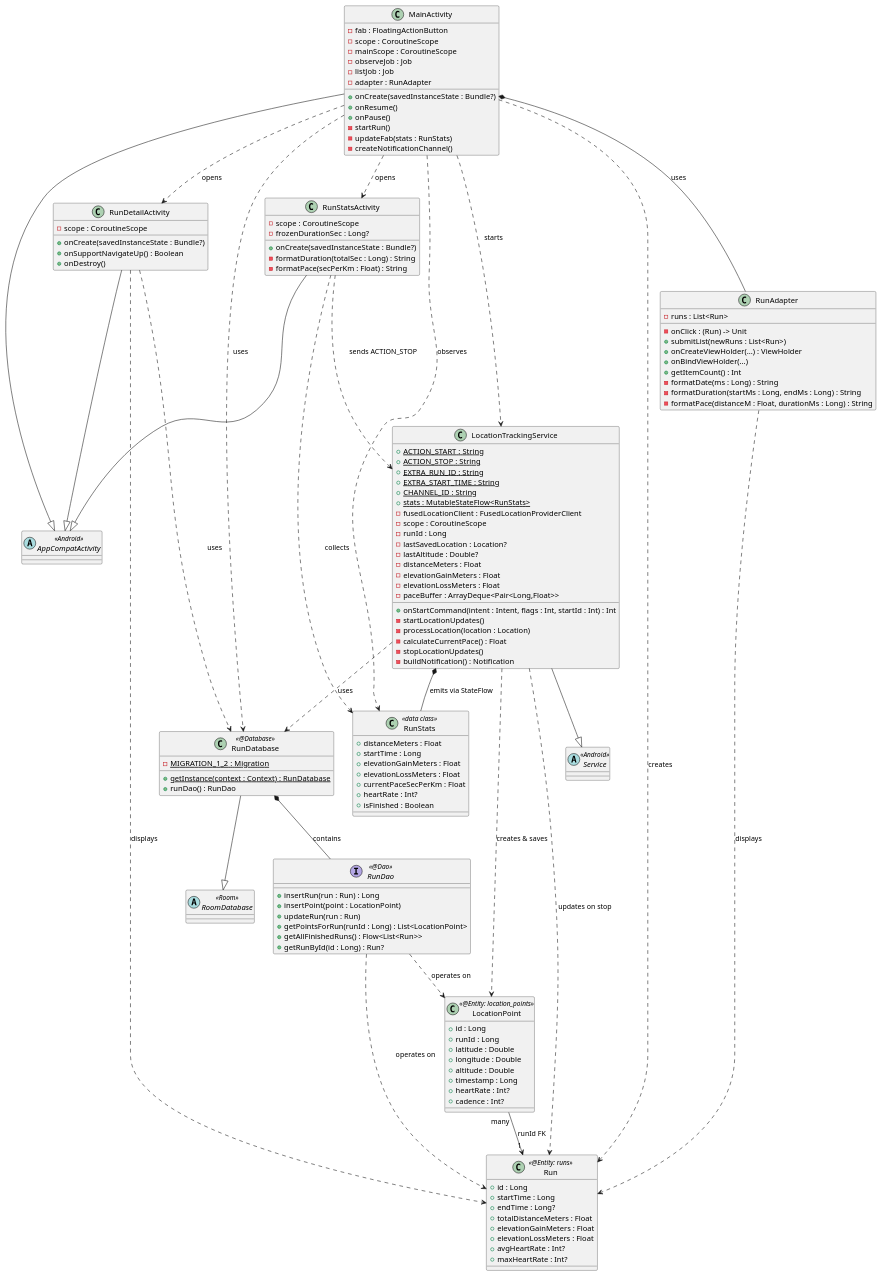
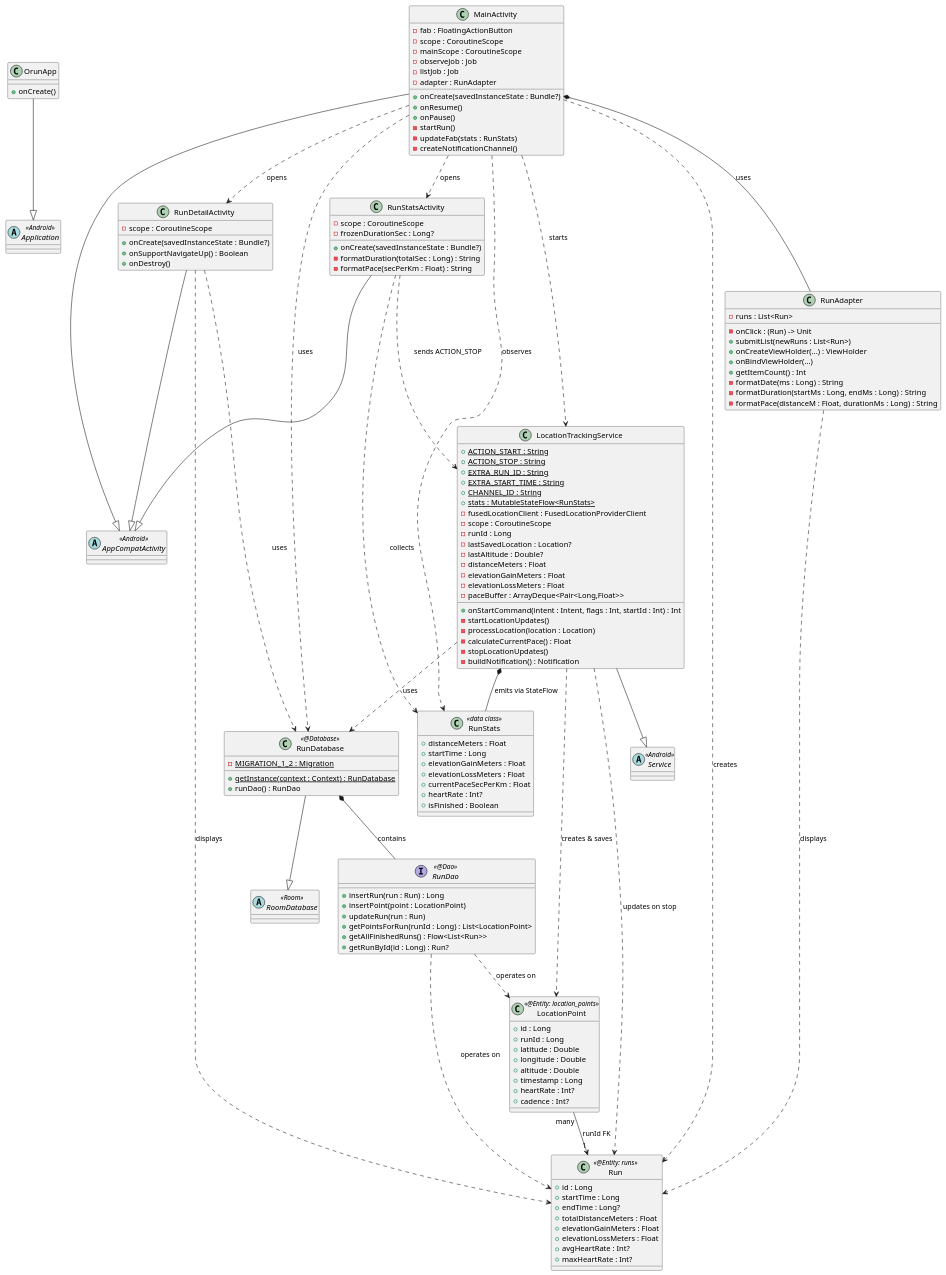
Before and after one commit to yaroslav-06/orun: the diagram in class-diagram.puml, drawn with PlantUML. The commit also changed 5 other files, not shown here.

```diff
--- a/class-diagram.puml
+++ b/class-diagram.puml
@@ -1,151 +1,157 @@
 @startuml
 
+abstract class Application <<Android>>
 abstract class AppCompatActivity <<Android>>
 abstract class Service <<Android>>
 abstract class RoomDatabase <<Room>>
 
 class MainActivity {
     -fab : FloatingActionButton
     -scope : CoroutineScope
     -mainScope : CoroutineScope
     -observeJob : Job
     -listJob : Job
     -adapter : RunAdapter
     +onCreate(savedInstanceState : Bundle?)
     +onResume()
     +onPause()
     -startRun()
     -updateFab(stats : RunStats)
     -createNotificationChannel()
 }
 
 class RunDetailActivity {
     -scope : CoroutineScope
     +onCreate(savedInstanceState : Bundle?)
     +onSupportNavigateUp() : Boolean
     +onDestroy()
 }
 
 class RunAdapter {
     -runs : List<Run>
     -onClick : (Run) -> Unit
     +submitList(newRuns : List<Run>)
     +onCreateViewHolder(...) : ViewHolder
     +onBindViewHolder(...)
     +getItemCount() : Int
     -formatDate(ms : Long) : String
     -formatDuration(startMs : Long, endMs : Long) : String
     -formatPace(distanceM : Float, durationMs : Long) : String
 }
 
 class RunStatsActivity {
     -scope : CoroutineScope
     -frozenDurationSec : Long?
     +onCreate(savedInstanceState : Bundle?)
     -formatDuration(totalSec : Long) : String
     -formatPace(secPerKm : Float) : String
 }
 
 class LocationTrackingService {
     +{static} ACTION_START : String
     +{static} ACTION_STOP : String
     +{static} EXTRA_RUN_ID : String
     +{static} EXTRA_START_TIME : String
     +{static} CHANNEL_ID : String
     +{static} stats : MutableStateFlow<RunStats>
     -fusedLocationClient : FusedLocationProviderClient
     -scope : CoroutineScope
     -runId : Long
     -lastSavedLocation : Location?
     -lastAltitude : Double?
     -distanceMeters : Float
     -elevationGainMeters : Float
     -elevationLossMeters : Float
     -paceBuffer : ArrayDeque<Pair<Long,Float>>
     +onStartCommand(intent : Intent, flags : Int, startId : Int) : Int
     -startLocationUpdates()
     -processLocation(location : Location)
     -calculateCurrentPace() : Float
     -stopLocationUpdates()
     -buildNotification() : Notification
 }
 
 class RunDatabase <<@Database>> {
     +{static} getInstance(context : Context) : RunDatabase
     +runDao() : RunDao
     -{static} MIGRATION_1_2 : Migration
 }
 
 interface RunDao <<@Dao>> {
     +insertRun(run : Run) : Long
     +insertPoint(point : LocationPoint)
     +updateRun(run : Run)
     +getPointsForRun(runId : Long) : List<LocationPoint>
     +getAllFinishedRuns() : Flow<List<Run>>
     +getRunById(id : Long) : Run?
 }
 
 class Run <<@Entity: runs>> {
     +id : Long
     +startTime : Long
     +endTime : Long?
     +totalDistanceMeters : Float
     +elevationGainMeters : Float
     +elevationLossMeters : Float
     +avgHeartRate : Int?
     +maxHeartRate : Int?
 }
 
 class LocationPoint <<@Entity: location_points>> {
     +id : Long
     +runId : Long
     +latitude : Double
     +longitude : Double
     +altitude : Double
     +timestamp : Long
     +heartRate : Int?
     +cadence : Int?
 }
 
 class RunStats <<data class>> {
     +distanceMeters : Float
     +startTime : Long
     +elevationGainMeters : Float
     +elevationLossMeters : Float
     +currentPaceSecPerKm : Float
     +heartRate : Int?
     +isFinished : Boolean
 }
 
+class OrunApp {
+    +onCreate()
+}
+
+OrunApp --|> Application
 MainActivity --|> AppCompatActivity
 RunStatsActivity --|> AppCompatActivity
 RunDetailActivity --|> AppCompatActivity
 LocationTrackingService --|> Service
 RunDatabase --|> RoomDatabase
 
 RunDatabase *-- RunDao : contains
 RunDao ..> Run : operates on
 RunDao ..> LocationPoint : operates on
 LocationPoint "many" --> "1" Run : runId FK
 
 MainActivity ..> RunDatabase : uses
 MainActivity ..> Run : creates
 MainActivity ..> LocationTrackingService : starts
 MainActivity ..> RunStatsActivity : opens
 MainActivity ..> RunDetailActivity : opens
 MainActivity ..> RunStats : observes
 MainActivity *-- RunAdapter : uses
 
 RunDetailActivity ..> RunDatabase : uses
 RunDetailActivity ..> Run : displays
 RunAdapter ..> Run : displays
 
 RunStatsActivity ..> LocationTrackingService : sends ACTION_STOP
 RunStatsActivity ..> RunStats : collects
 
 LocationTrackingService ..> RunDatabase : uses
 LocationTrackingService ..> LocationPoint : creates & saves
 LocationTrackingService ..> Run : updates on stop
 LocationTrackingService *-- RunStats : emits via StateFlow
 
 @enduml
```
